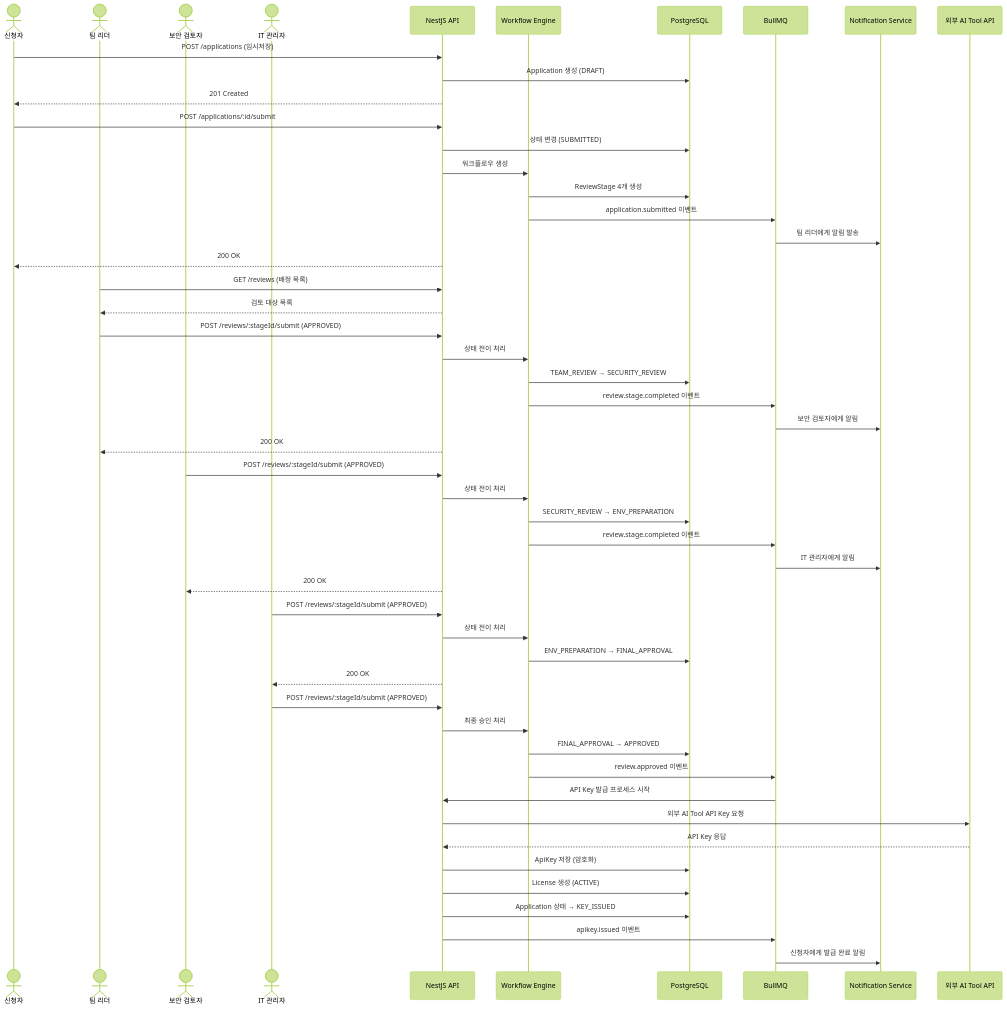
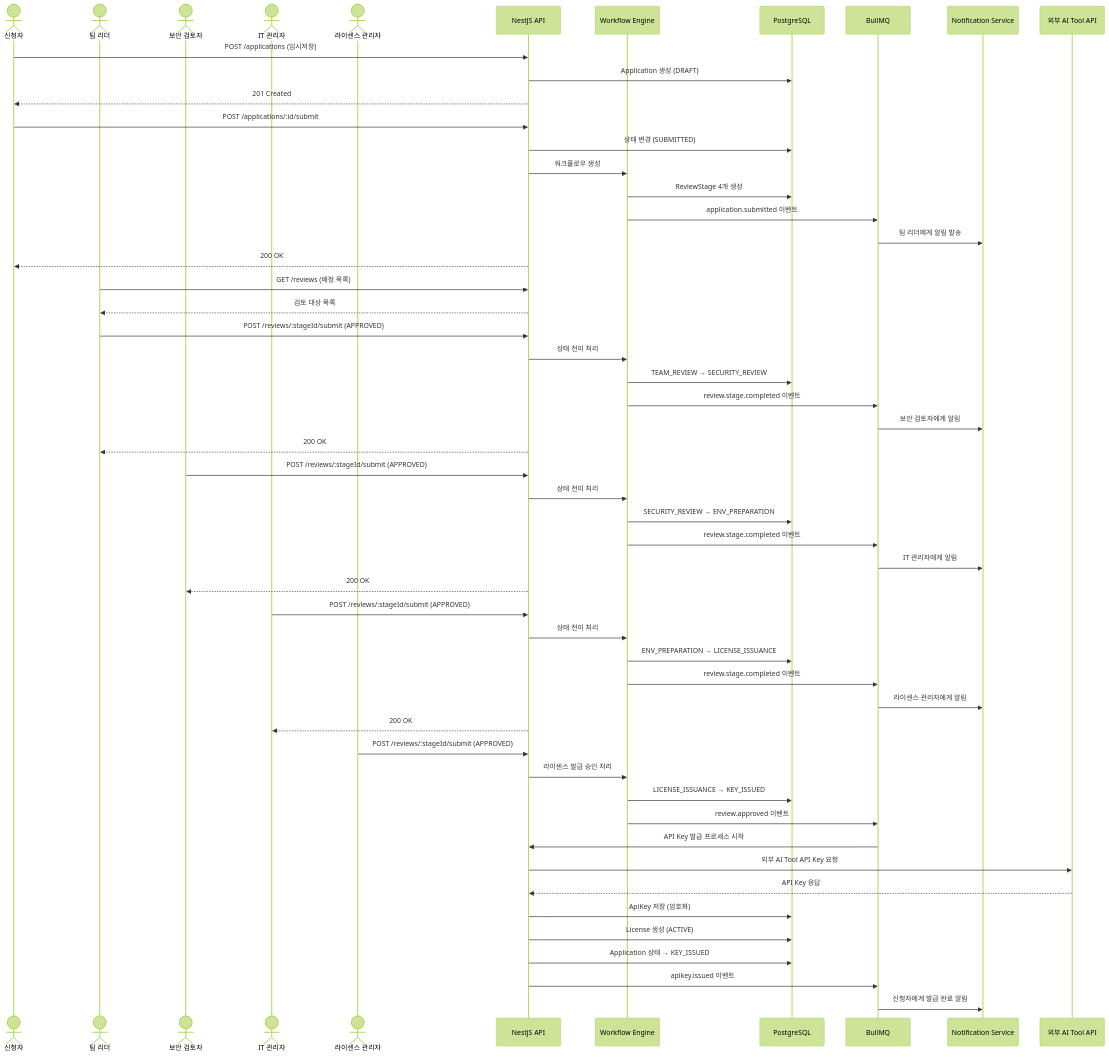
Before and after one commit to nuriguri1228/codehub-manage-aitool: the seventh of 10 diagrams in docs/05_백엔드_설계서.md, drawn with Mermaid (forest theme). The commit also changed other lines of this file and 10 other files, not shown here.

First line of the commit message:
Implement LICENSE_ISSUANCE feature and update all docs to new review flow

````diff
--- a/docs/05_백엔드_설계서.md
+++ b/docs/05_백엔드_설계서.md
@@ -868,67 +865,71 @@
 ```mermaid
 sequenceDiagram
     actor Applicant as 신청자
     actor TeamLead as 팀 리더
     actor Security as 보안 검토자
     actor ITAdmin as IT 관리자
+    actor LicMgr as 라이센스 관리자
 
     participant API as NestJS API
     participant WF as Workflow Engine
     participant DB as PostgreSQL
     participant Queue as BullMQ
     participant Notif as Notification Service
     participant ExtAPI as 외부 AI Tool API
 
     %% 1. 신청서 작성 및 제출
     Applicant->>API: POST /applications (임시저장)
     API->>DB: Application 생성 (DRAFT)
     API-->>Applicant: 201 Created
 
     Applicant->>API: POST /applications/:id/submit
     API->>DB: 상태 변경 (SUBMITTED)
     API->>WF: 워크플로우 생성
     WF->>DB: ReviewStage 4개 생성
     WF->>Queue: application.submitted 이벤트
     Queue->>Notif: 팀 리더에게 알림 발송
     API-->>Applicant: 200 OK
 
     %% 2. 팀 검토
     TeamLead->>API: GET /reviews (배정 목록)
     API-->>TeamLead: 검토 대상 목록
 
     TeamLead->>API: POST /reviews/:stageId/submit (APPROVED)
     API->>WF: 상태 전이 처리
     WF->>DB: TEAM_REVIEW → SECURITY_REVIEW
     WF->>Queue: review.stage.completed 이벤트
     Queue->>Notif: 보안 검토자에게 알림
     API-->>TeamLead: 200 OK
 
     %% 3. 보안 검토
     Security->>API: POST /reviews/:stageId/submit (APPROVED)
     API->>WF: 상태 전이 처리
     WF->>DB: SECURITY_REVIEW → ENV_PREPARATION
     WF->>Queue: review.stage.completed 이벤트
     Queue->>Notif: IT 관리자에게 알림
     API-->>Security: 200 OK
 
-    %% 4. 환경 준비 + 최종 승인
+    %% 4. 환경 준비
     ITAdmin->>API: POST /reviews/:stageId/submit (APPROVED)
     API->>WF: 상태 전이 처리
-    WF->>DB: ENV_PREPARATION → FINAL_APPROVAL
+    WF->>DB: ENV_PREPARATION → LICENSE_ISSUANCE
+    WF->>Queue: review.stage.completed 이벤트
+    Queue->>Notif: 라이센스 관리자에게 알림
     API-->>ITAdmin: 200 OK
 
-    ITAdmin->>API: POST /reviews/:stageId/submit (APPROVED)
-    API->>WF: 최종 승인 처리
-    WF->>DB: FINAL_APPROVAL → APPROVED
+    %% 5. 라이센스 발급
+    LicMgr->>API: POST /reviews/:stageId/submit (APPROVED)
+    API->>WF: 라이센스 발급 승인 처리
+    WF->>DB: LICENSE_ISSUANCE → KEY_ISSUED
     WF->>Queue: review.approved 이벤트
 
-    %% 5. API Key 발급
+    %% 6. API Key 발급
     Queue->>API: API Key 발급 프로세스 시작
     API->>ExtAPI: 외부 AI Tool API Key 요청
     ExtAPI-->>API: API Key 응답
     API->>DB: ApiKey 저장 (암호화)
     API->>DB: License 생성 (ACTIVE)
     API->>DB: Application 상태 → KEY_ISSUED
     API->>Queue: apikey.issued 이벤트
     Queue->>Notif: 신청자에게 발급 완료 알림
 ```
````
